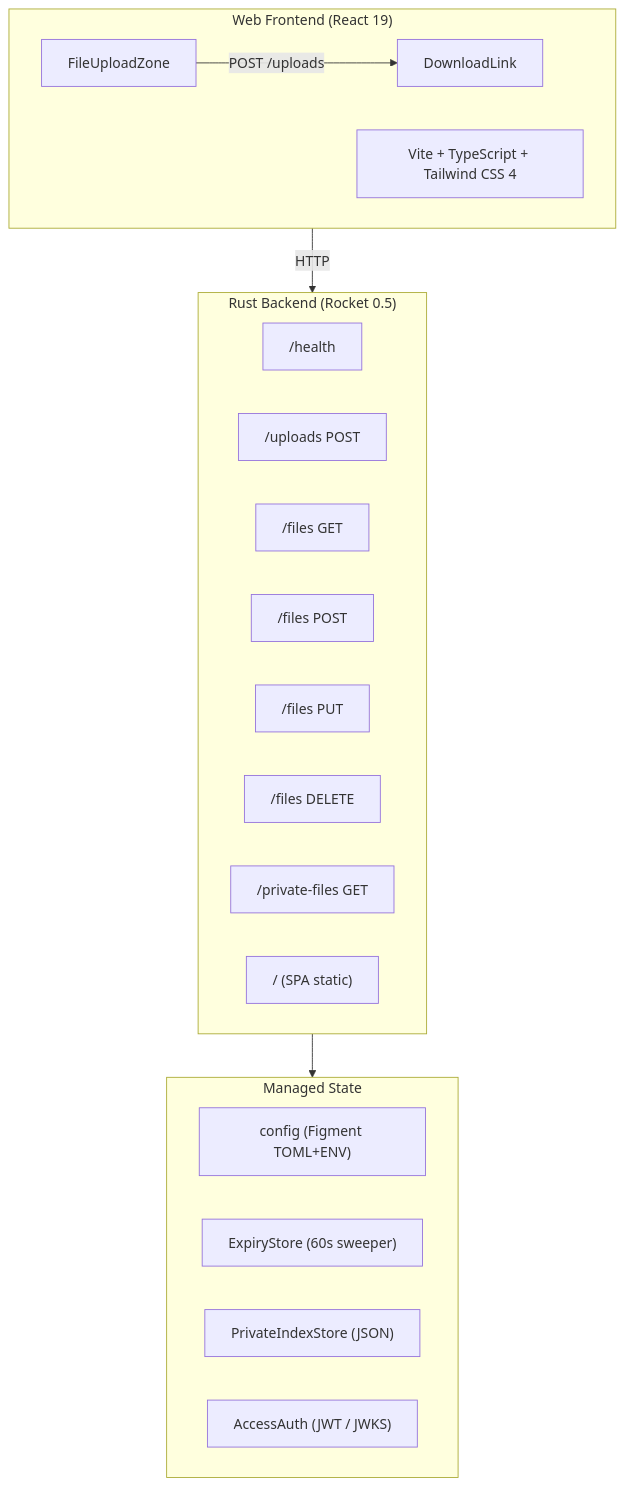
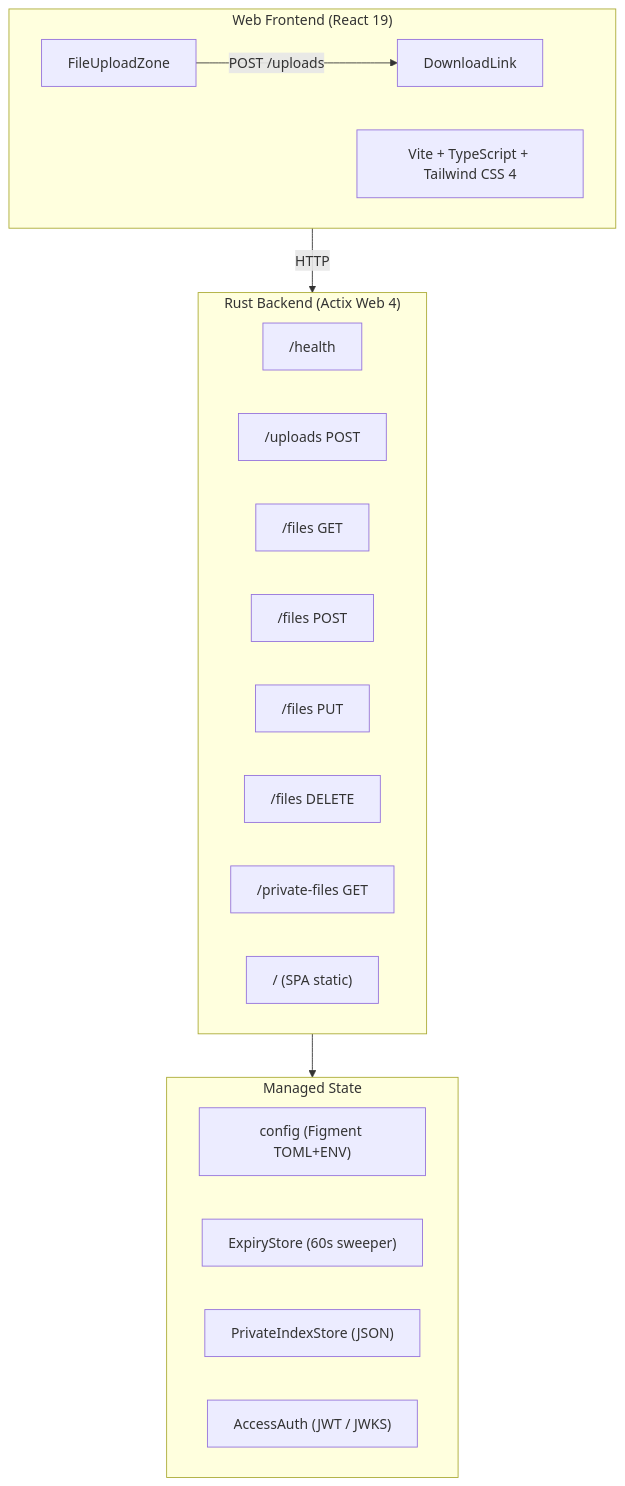
Before and after one commit to wei840222/folio: the diagram in README.md, drawn with Mermaid. The commit also changed other lines of this file and 15 other files, not shown here.

First line of the commit message:
refactor: migrate backend to Actix Web (#2)

````diff
--- a/README.md
+++ b/README.md
@@ -32,32 +32,32 @@
 ```mermaid
 flowchart TD
     subgraph frontend["Web Frontend (React 19)"]
         direction LR
         FE1[FileUploadZone] -->|POST /uploads| FE2[DownloadLink]
         FE_DESC["Vite + TypeScript + Tailwind CSS 4"]
     end
 
-    subgraph backend["Rust Backend (Rocket 0.5)"]
+    subgraph backend["Rust Backend (Actix Web 4)"]
         direction LR
         R1["/health"]
         R2["/uploads POST"]
         R3["/files GET"]
         R4["/files POST"]
         R5["/files PUT"]
         R6["/files DELETE"]
         R7["/private-files GET"]
         R8["/ (SPA static)"]
     end
 
     frontend -->|HTTP| backend
 
     subgraph state["Managed State"]
         direction LR
         S1["config (Figment TOML+ENV)"]
         S2["ExpiryStore (60s sweeper)"]
         S3["PrivateIndexStore (JSON)"]
         S4["AccessAuth (JWT / JWKS)"]
     end
 
     backend --> state
 ```
````
